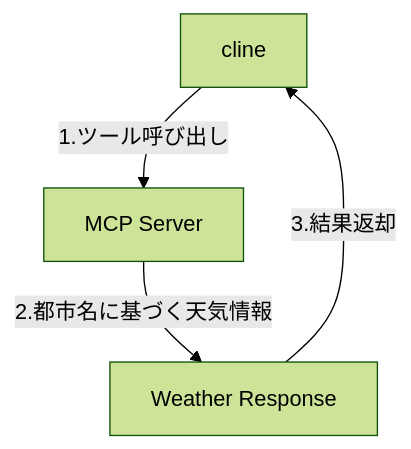
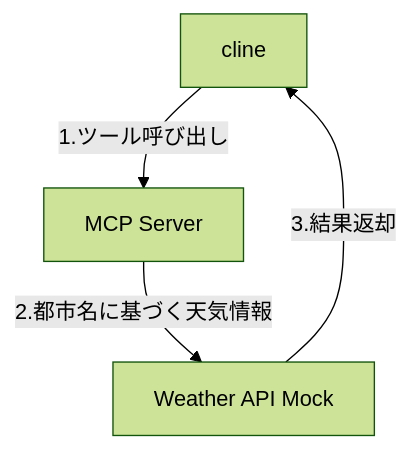
One commit to littlemex/aws-samples changed the first of 3 diagrams in workshops/ai-coding-workshop/cline/1.mcp/README.md. Above: the diagram before and after it, drawn with Mermaid (forest theme).

Commit message:
mermaid system conf

````diff
--- a/workshops/ai-coding-workshop/cline/1.mcp/README.md
+++ b/workshops/ai-coding-workshop/cline/1.mcp/README.md
@@ -127,6 +127,6 @@
 ```mermaid
 graph TD
     A[cline] -->|1.ツール呼び出し| B[MCP Server]
-    B -->|2.都市名に基づく天気情報| C[Weather Response]
+    B -->|2.都市名に基づく天気情報| C[Weather API Mock]
     C -->|3.結果返却| A
 ```
````
